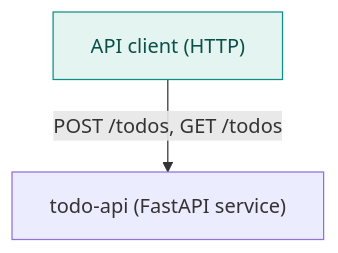
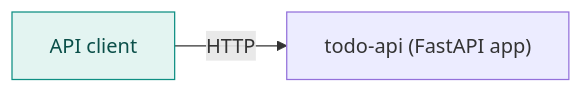
Before and after one commit to hxxnn/codemap: the first of 3 diagrams in examples/python-todo-api/docs/codemap/architecture.md, drawn with Mermaid. The commit also changed other lines of this file and 35 other files, not shown here.

First line of the commit message:
test: regenerate examples with the final diagram rules

````diff
--- a/examples/python-todo-api/docs/codemap/architecture.md
+++ b/examples/python-todo-api/docs/codemap/architecture.md
@@ -16,7 +16,7 @@
 ```mermaid
-flowchart TD
-    n1["API client (HTTP)"]:::external
-    n2["todo-api (FastAPI service)"]
-    n1 -->|"POST /todos, GET /todos"| n2
+flowchart LR
+    client["API client"]:::external
+    api["todo-api (FastAPI app)"]
+    client -->|"HTTP"| api
     classDef external fill:#E3F4F1,stroke:#0E8F83,color:#0B4F49
 ```
````
